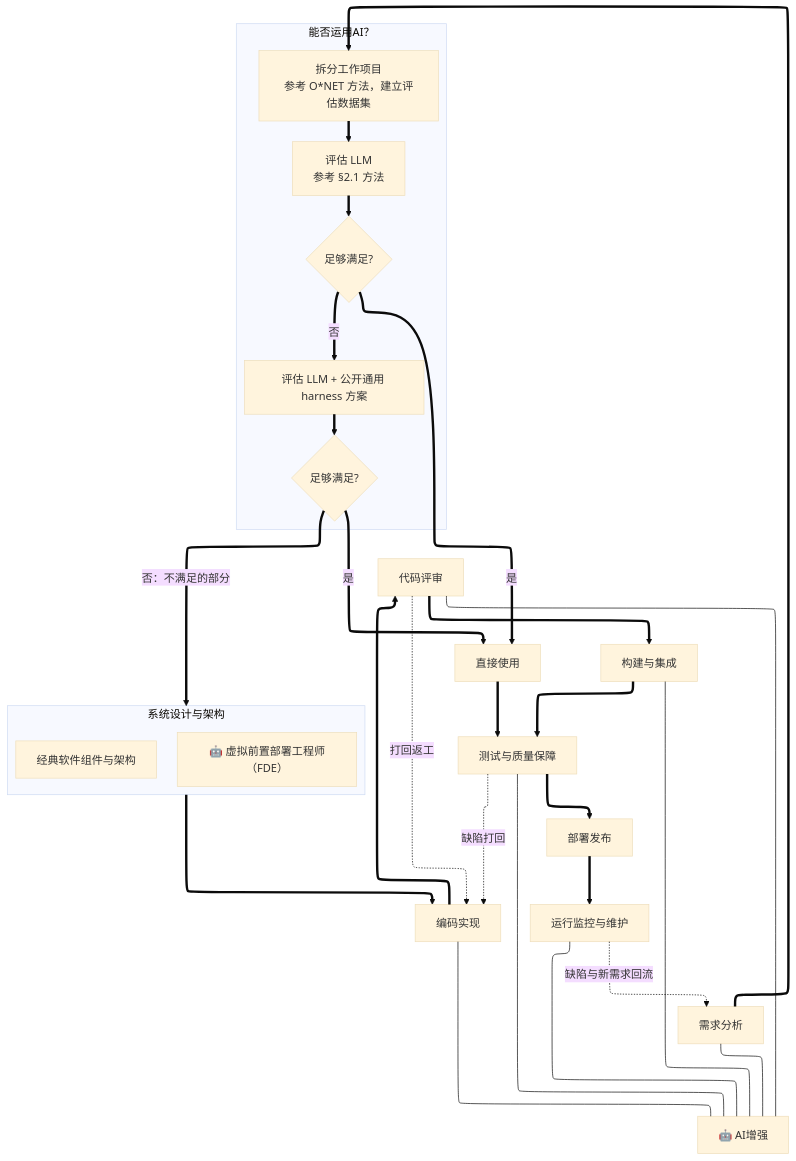
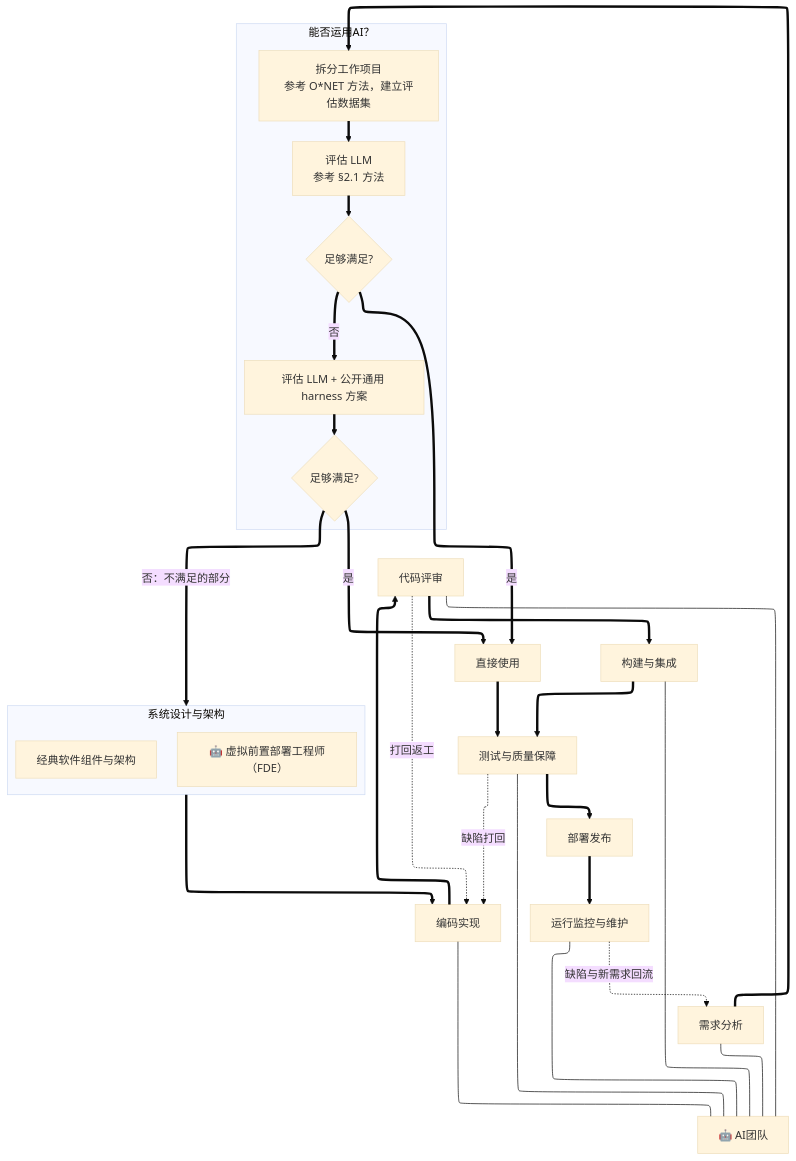
The second of 2 diagrams in chat/AIKnowledgeLabor.md (AI-LLM/Controversy), drawn with Mermaid (base theme) before and after one commit.

````diff
--- a/chat/AIKnowledgeLabor.md
+++ b/chat/AIKnowledgeLabor.md
@@ -628,39 +628,39 @@
 ```mermaid
 ---
 config:
   layout: elk
 ---
 graph TD
     R[需求分析] ==> A1
     subgraph SP [能否运用AI？]
         direction TB
         A1[拆分工作项目<br/>参考 O*NET 方法，建立评估数据集] ==> A2[评估 LLM<br/>参考 §2.1 方法]
         A2 ==> Q1{足够满足?}
         Q1 == 否 ==> A3[评估 LLM + 公开通用 harness 方案]
         A3 ==> Q2{足够满足?}
     end
     Q1 == 是 ==> U[直接使用]
     Q2 == 是 ==> U
     U ==> T
     subgraph D [系统设计与架构]
         direction TB
         D1[经典软件组件与架构]
         D2[🤖 虚拟前置部署工程师（FDE）]
     end
     Q2 == 否：不满足的部分 ==> D
     D ==> C[编码实现]
     C ==> CR[代码评审]
     CR ==> IG[构建与集成]
     IG ==> T[测试与质量保障]
     T ==> DP[部署发布]
     DP ==> MO[运行监控与维护]
     CR -. 打回返工 .-> C
     T -. 缺陷打回 .-> C
     MO -. 缺陷与新需求回流 .-> R
-    R --- AIE[🤖 AI增强]
+    R --- AIE[🤖 AI团队]
     C --- AIE
     CR --- AIE
     IG --- AIE
     T --- AIE
     MO --- AIE
 ```
````
